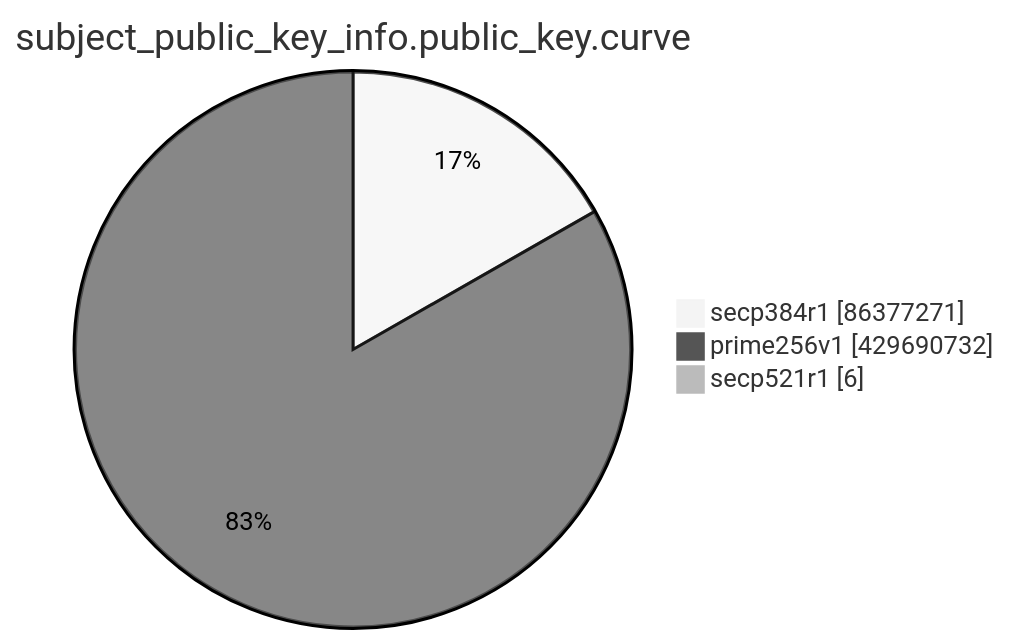
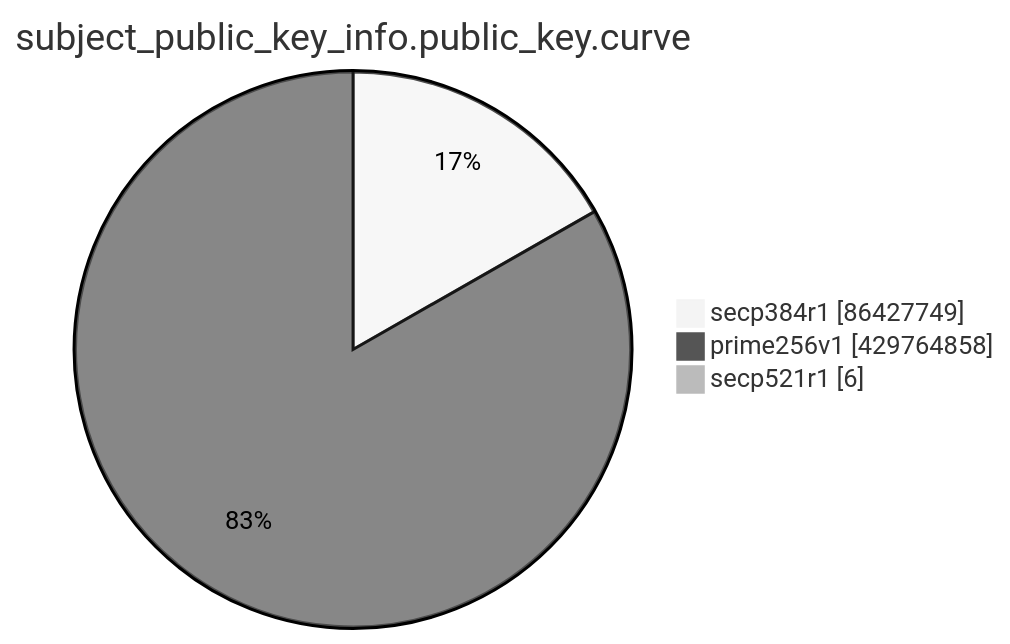
Before and after one commit to christiankrug/ctmonitor_visualization: the eighth of 15 diagrams in TOTAL/README.md, drawn with Mermaid (neutral theme). The commit also changed other lines of this file, not shown here.

````diff
--- a/TOTAL/README.md
+++ b/TOTAL/README.md
@@ -3100,7 +3100,7 @@
 ```mermaid
 pie showData
 title subject_public_key_info.public_key.curve
-"secp384r1" :86377271
-"prime256v1" :429690732
+"secp384r1" :86427749
+"prime256v1" :429764858
 "secp521r1" :6
 ```
````
